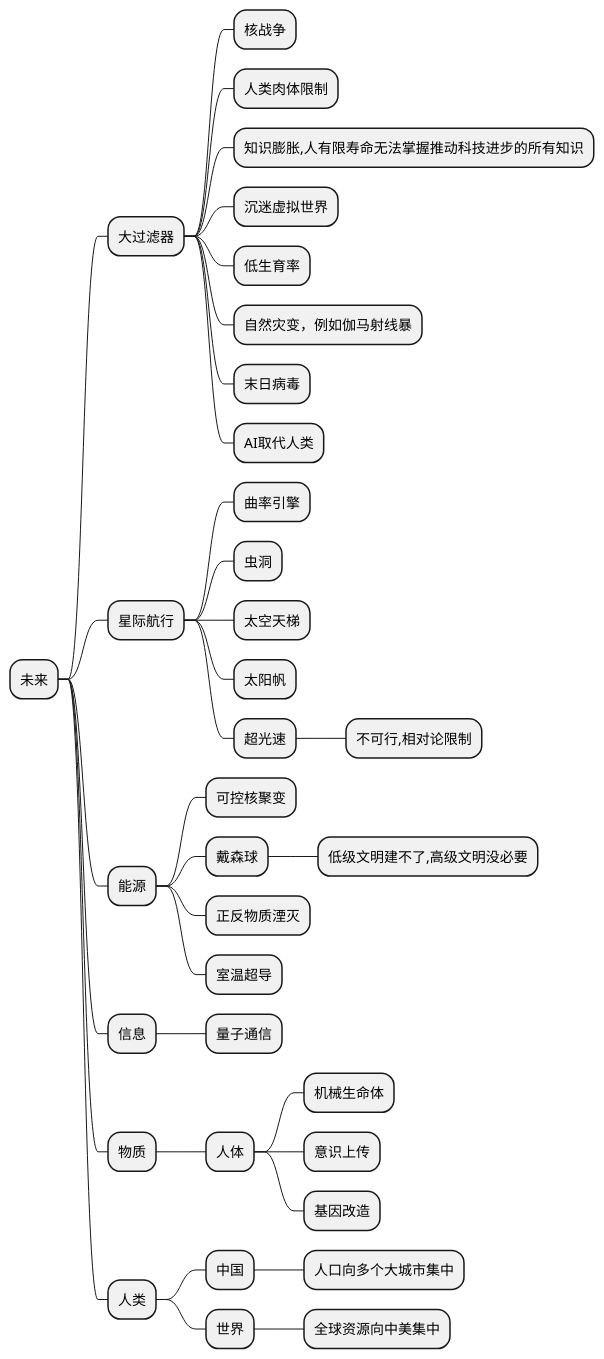
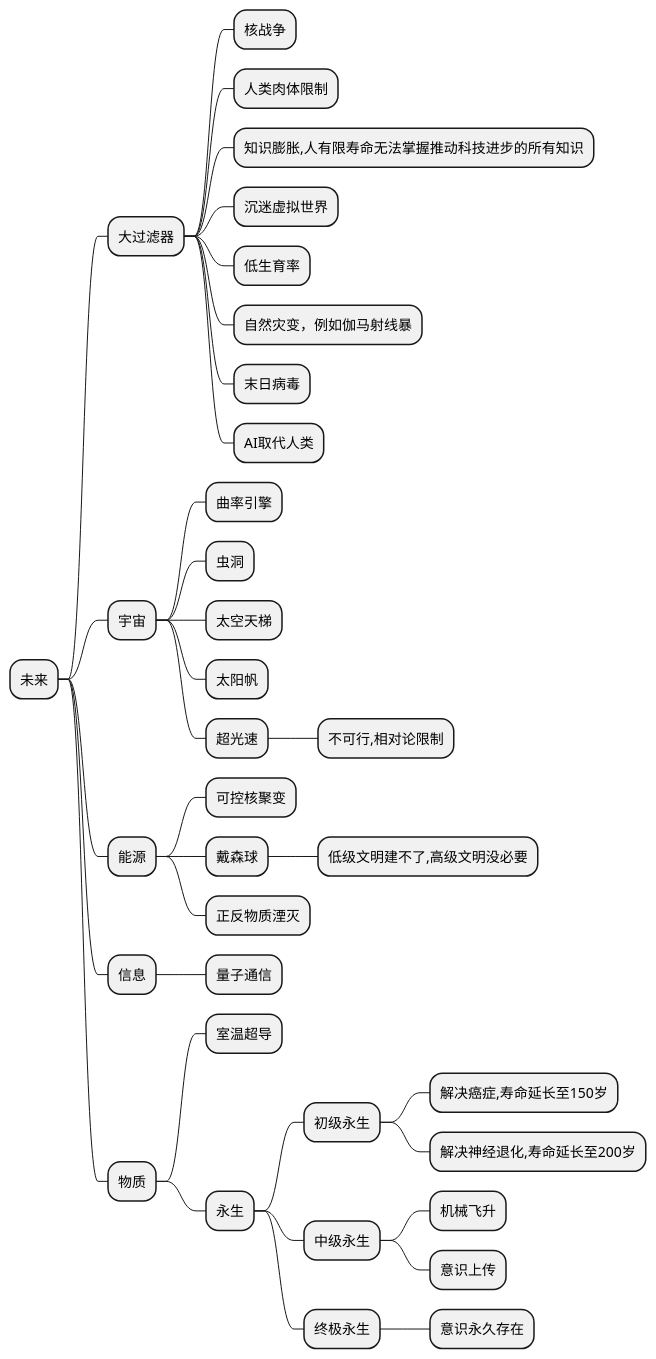
Before and after one commit to Huang2070/alpha-centauri-c: the diagram in 未来.plantuml, drawn with PlantUML. The commit also changed 3 other files, not shown here.

```diff
--- a/未来.plantuml
+++ b/未来.plantuml
@@ -1,46 +1,45 @@
 @startmindmap 未来
 
 * 未来
 ** 大过滤器
 *** 核战争
 *** 人类肉体限制
 *** 知识膨胀,人有限寿命无法掌握推动科技进步的所有知识
 *** 沉迷虚拟世界
 *** 低生育率
 *** 自然灾变，例如伽马射线暴
 *** 末日病毒
 *** AI取代人类
 
-** 星际航行
+** 宇宙
 *** 曲率引擎
 *** 虫洞
 *** 太空天梯
 *** 太阳帆
 *** 超光速
 **** 不可行,相对论限制
 
 ** 能源
 *** 可控核聚变
 *** 戴森球
 **** 低级文明建不了,高级文明没必要
 *** 正反物质湮灭
-*** 室温超导
 
 
 ** 信息
 *** 量子通信
 
 ** 物质
-*** 人体
-**** 机械生命体
-**** 意识上传
-**** 基因改造
+*** 室温超导
 
-** 人类
-*** 中国
-**** 人口向多个大城市集中
-*** 世界
-**** 全球资源向中美集中
-
+*** 永生
+**** 初级永生
+***** 解决癌症,寿命延长至150岁
+***** 解决神经退化,寿命延长至200岁
+**** 中级永生
+***** 机械飞升
+***** 意识上传
+**** 终极永生
+***** 意识永久存在
 
 @endmindmap
```
